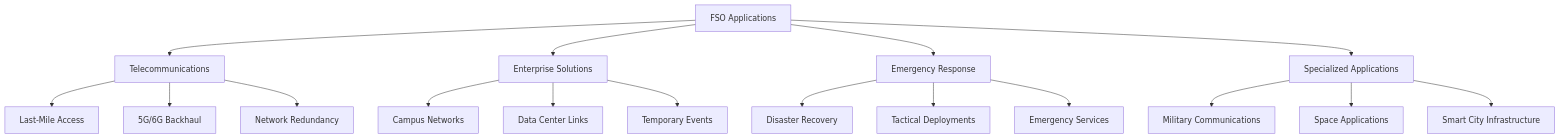
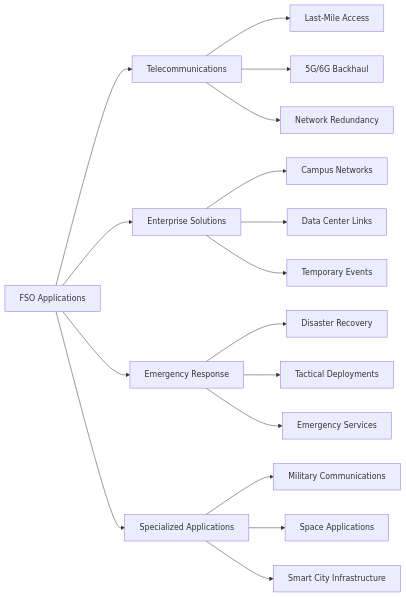
One commit to r04nx/obsidian changed the seventh of 10 diagrams in ofc.md. Above: the diagram before and after it, drawn with Mermaid. The commit also changed other lines of this file, not shown here.

````diff
--- a/ofc.md
+++ b/ofc.md
@@ -357,23 +357,23 @@
 ```mermaid
-graph TD
+graph LR
     A[FSO Applications] --> B[Telecommunications]
     A --> C[Enterprise Solutions]
     A --> D[Emergency Response]
     A --> E[Specialized Applications]
     
     B --> B1[Last-Mile Access]
     B --> B2[5G/6G Backhaul]
     B --> B3[Network Redundancy]
     
     C --> C1[Campus Networks]
     C --> C2[Data Center Links]
     C --> C3[Temporary Events]
     
     D --> D1[Disaster Recovery]
     D --> D2[Tactical Deployments]
     D --> D3[Emergency Services]
     
     E --> E1[Military Communications]
     E --> E2[Space Applications]
     E --> E3[Smart City Infrastructure]
 ```
````
